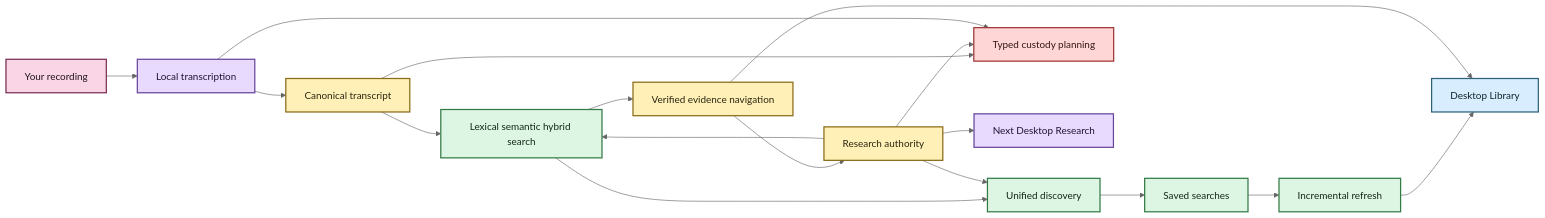
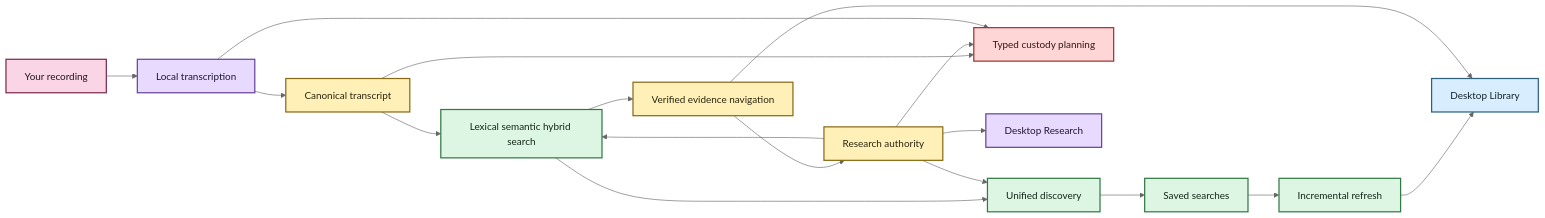
The diagram in docs/README.md (SSD1805/EchoFlow), drawn with Mermaid (neutral theme) before and after one commit. The commit also changed other lines of this file and 5 other files, not shown here.

Commit message:
docs: audit desktop productization roadmap

````diff
--- a/docs/README.md
+++ b/docs/README.md
@@ -68,34 +68,34 @@
 ```mermaid
 flowchart LR
     A[Your recording] --> B[Local transcription]
     B --> C[Canonical transcript]
     C --> D[Lexical semantic hybrid search]
     D --> E[Verified evidence navigation]
     E --> F[Research authority]
     F --> D
     D --> G[Unified discovery]
     F --> G
     G --> H[Saved searches]
     C --> I[Typed custody planning]
     F --> I
     B --> I
     H --> J[Incremental refresh]
     J --> K[Desktop Library]
     E --> K
-    F --> L[Next Desktop Research]
+    F --> L[Desktop Research]
 
     classDef source fill:#F9D5E5,stroke:#7B2E52,stroke-width:2px,color:#22151B
     classDef process fill:#E8D9FF,stroke:#68469B,stroke-width:2px,color:#1F1630
     classDef evidence fill:#FFF0B8,stroke:#8A6B18,stroke-width:2px,color:#2C260F
     classDef view fill:#DDF5E3,stroke:#347A46,stroke-width:2px,color:#142719
     classDef inspect fill:#D8EEFF,stroke:#2E617B,stroke-width:2px,color:#12222A
     classDef stop fill:#FFD6D6,stroke:#9E3434,stroke-width:2px,color:#351616
 
     class A source
     class B process
     class C,E,F evidence
     class D,G,H,J view
     class I stop
     class K inspect
     class L process
 ```
````
